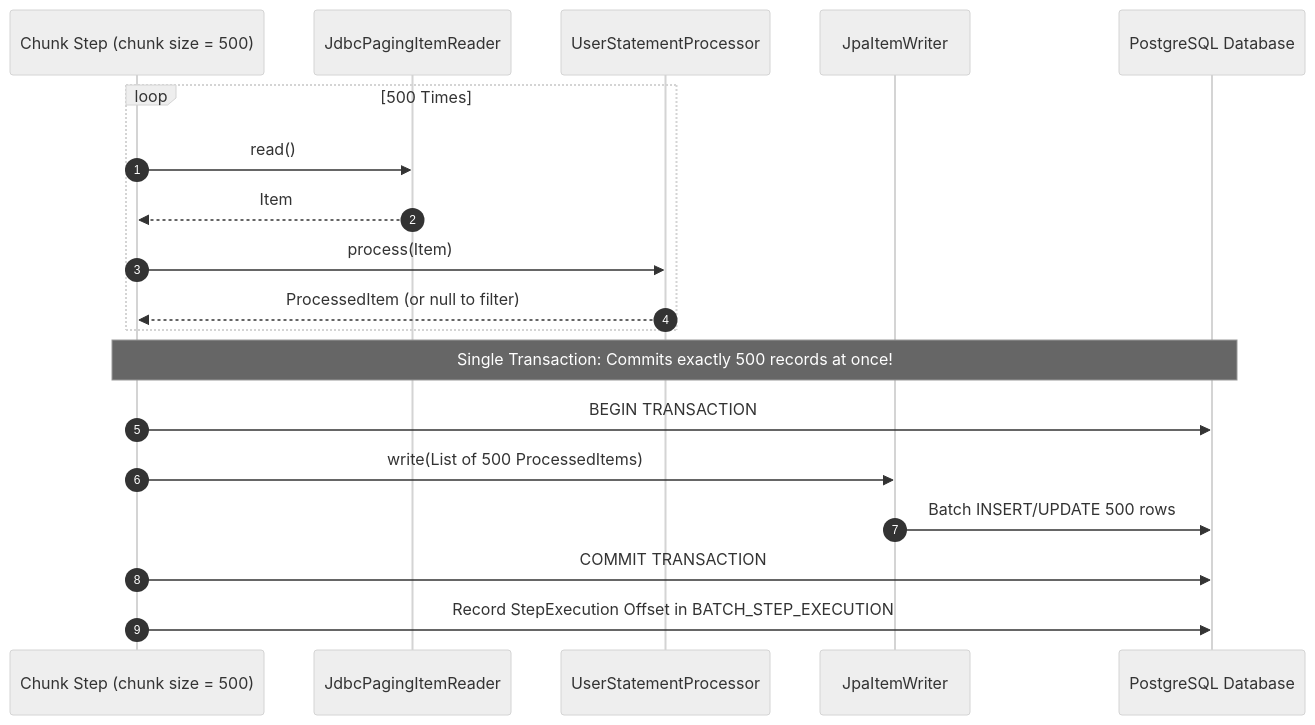
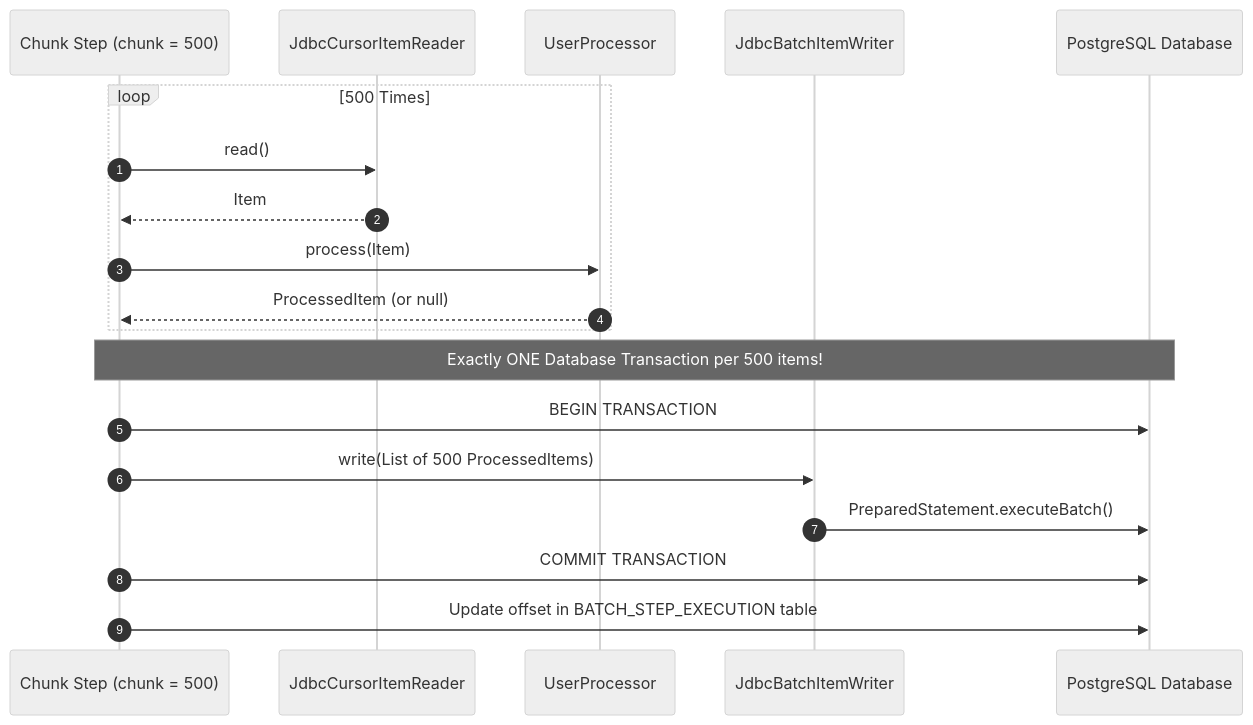
The fifth of 6 diagrams in docs/advanced/distributed-batch-scheduling.mdx (weaponxwolf/backend-engineering-mastry), drawn with Mermaid (neutral theme) before and after one commit. The commit also changed other lines of this file and 15 other files, not shown here.

````diff
--- a/docs/advanced/distributed-batch-scheduling.mdx
+++ b/docs/advanced/distributed-batch-scheduling.mdx
@@ -146,23 +273,23 @@
 ```mermaid
 sequenceDiagram
     autonumber
-    participant Step as Chunk Step (chunk size = 500)
-    participant Reader as JdbcPagingItemReader
-    participant Processor as UserStatementProcessor
-    participant Writer as JpaItemWriter
+    participant Step as Chunk Step (chunk = 500)
+    participant Reader as JdbcCursorItemReader
+    participant Processor as UserProcessor
+    participant Writer as JdbcBatchItemWriter
     participant DB as PostgreSQL Database
 
     loop 500 Times
         Step->>Reader: read()
         Reader-->>Step: Item
         Step->>Processor: process(Item)
-        Processor-->>Step: ProcessedItem (or null to filter)
+        Processor-->>Step: ProcessedItem (or null)
     end
-    
-    Note over Step,DB: Single Transaction: Commits exactly 500 records at once!
+
+    Note over Step,DB: Exactly ONE Database Transaction per 500 items!
     Step->>DB: BEGIN TRANSACTION
     Step->>Writer: write(List of 500 ProcessedItems)
-    Writer->>DB: Batch INSERT/UPDATE 500 rows
+    Writer->>DB: PreparedStatement.executeBatch()
     Step->>DB: COMMIT TRANSACTION
-    Step->>DB: Record StepExecution Offset in BATCH_STEP_EXECUTION
+    Step->>DB: Update offset in BATCH_STEP_EXECUTION table
 ```
````
